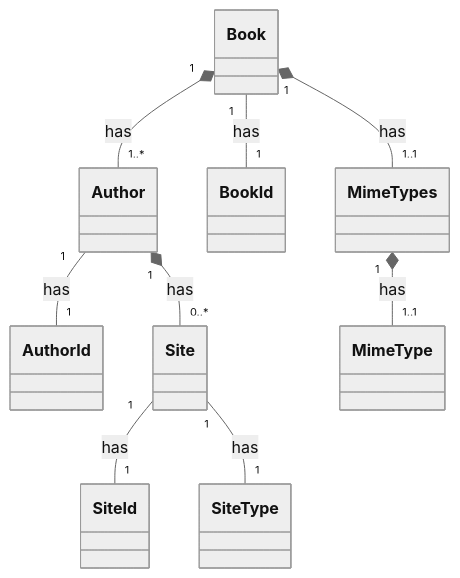
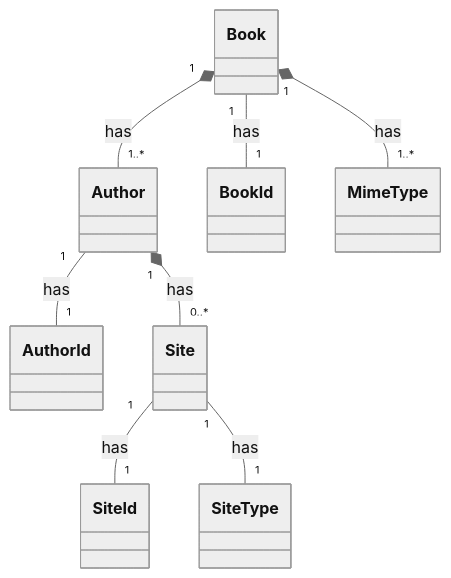
Before and after one commit to z669016/mybooks: the first of 3 diagrams in README.md, drawn with Mermaid (neutral theme). The commit also changed other lines of this file, not shown here.

Commit message:
Updated the description and mermaid class diagrams

````diff
--- a/README.md
+++ b/README.md
@@ -201,11 +213,10 @@
 ```mermaid
 classDiagram
     Author "1" -- "1" AuthorId: has
     Author "1" *-- "0..*" Site: has
     Site "1" -- "1" SiteId: has
     Site "1" -- "1" SiteType: has
     Book "1" *-- "1..*" Author: has
     Book "1" -- "1" BookId: has
-    Book "1" *-- "1..1" MimeTypes: has
-    MimeTypes "1" *-- "1..1" MimeType: has
+    Book "1" *-- "1..*" MimeType: has
 ```
````
